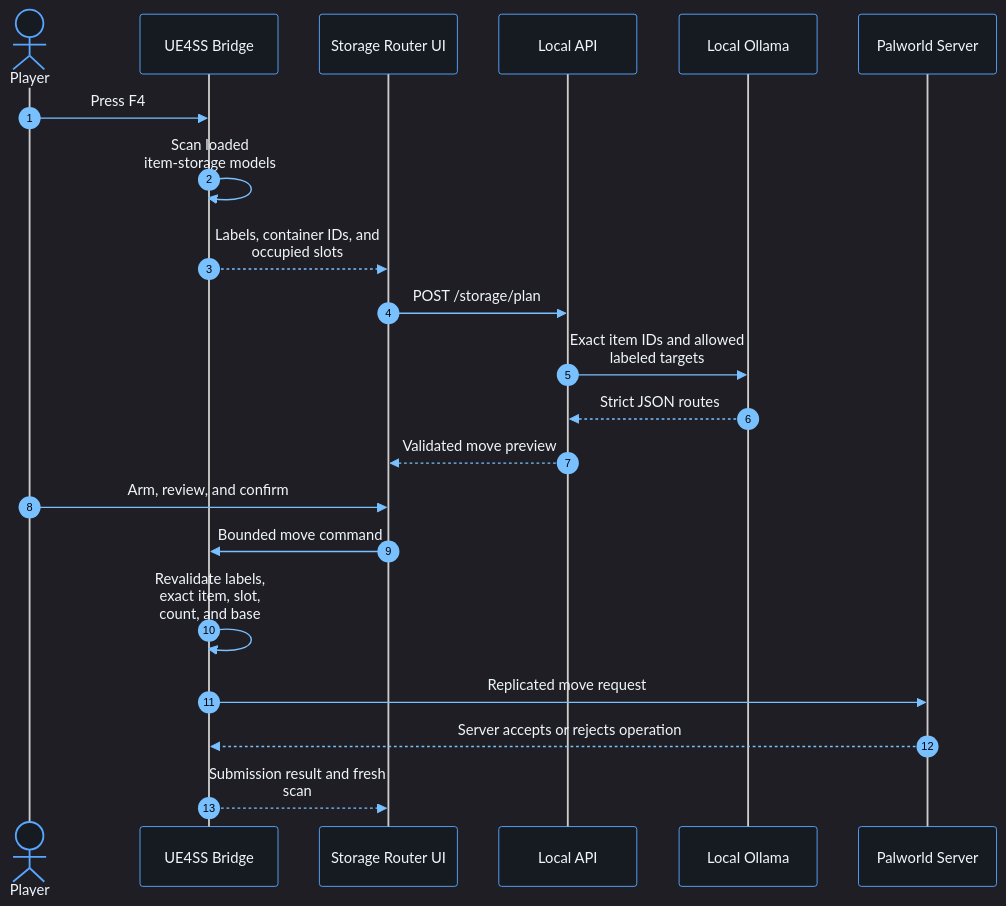
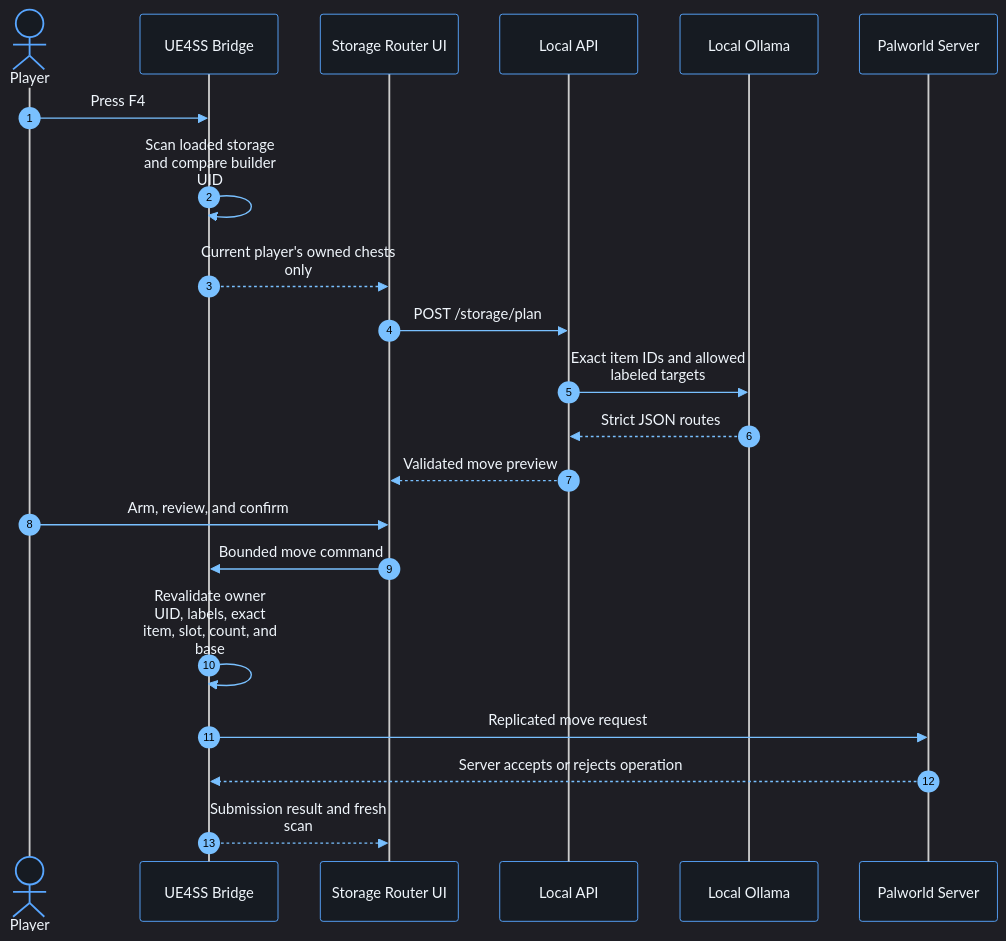
One commit to luibots/palworld-local-llm-companion changed the fourth of 4 diagrams in docs/ARCHITECTURE.md. Above: the diagram before and after it, drawn with Mermaid. The commit also changed other lines of this file and 10 other files, not shown here.

Commit message:
Restrict storage organizer to player-owned chests

````diff
--- a/docs/ARCHITECTURE.md
+++ b/docs/ARCHITECTURE.md
@@ -140,25 +140,25 @@
 ```mermaid
 %%{init: {"theme":"dark","sequence":{"useMaxWidth":true,"wrap":true,"diagramMarginX":30,"actorMargin":45,"messageMargin":32},"themeVariables":{"background":"#0d1117","primaryColor":"#161b22","primaryTextColor":"#f0f6fc","primaryBorderColor":"#58a6ff","lineColor":"#79c0ff","actorBkg":"#161b22","actorBorder":"#58a6ff","actorTextColor":"#f0f6fc","signalColor":"#79c0ff","signalTextColor":"#f0f6fc","labelBoxBkgColor":"#21262d","labelBoxBorderColor":"#8b949e","labelTextColor":"#f0f6fc","noteBkgColor":"#2b2111","noteBorderColor":"#d29922","noteTextColor":"#f0f6fc","fontFamily":"Segoe UI, Arial, sans-serif"}}}%%
 sequenceDiagram
     autonumber
     actor Player
     participant Bridge as UE4SS Bridge
     participant UI as Storage Router UI
     participant API as Local API
     participant LLM as Local Ollama
     participant Game as Palworld Server
 
     Player->>Bridge: Press F4
-    Bridge->>Bridge: Scan loaded item-storage models
-    Bridge-->>UI: Labels, container IDs, and occupied slots
+    Bridge->>Bridge: Scan loaded storage and compare builder UID
+    Bridge-->>UI: Current player's owned chests only
     UI->>API: POST /storage/plan
     API->>LLM: Exact item IDs and allowed labeled targets
     LLM-->>API: Strict JSON routes
     API-->>UI: Validated move preview
     Player->>UI: Arm, review, and confirm
     UI->>Bridge: Bounded move command
-    Bridge->>Bridge: Revalidate labels, exact item, slot, count, and base
+    Bridge->>Bridge: Revalidate owner UID, labels, exact item, slot, count, and base
     Bridge->>Game: Replicated move request
     Game-->>Bridge: Server accepts or rejects operation
     Bridge-->>UI: Submission result and fresh scan
 ```
````
